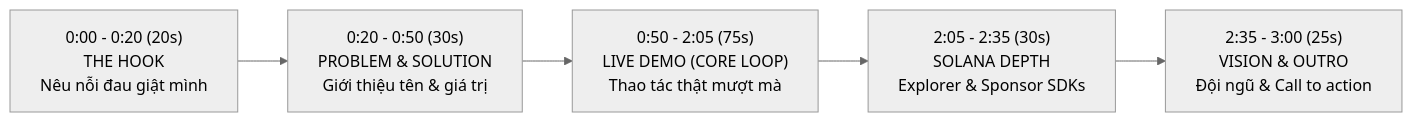
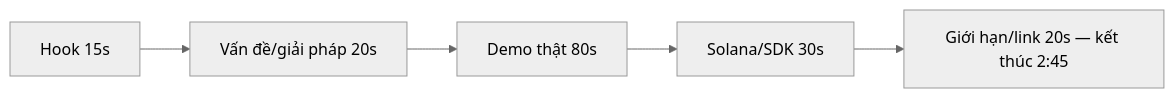
The diagram in docs/learning/013-hackathon-demo-video.md (ntbaoheyhey/dev3pack-hackathon), drawn with Mermaid (neutral theme) before and after one commit. The commit also changed other lines of this file and 2 other files, not shown here.

Commit message:
docs(R07): cap demo script at 165 seconds and require evidence

````diff
--- a/docs/learning/013-hackathon-demo-video.md
+++ b/docs/learning/013-hackathon-demo-video.md
@@ -42,7 +40,7 @@
 ```mermaid
 flowchart LR
-    A["0:00 - 0:20 (20s)<br>THE HOOK<br>Nêu nỗi đau giật mình"] --> B["0:20 - 0:50 (30s)<br>PROBLEM & SOLUTION<br>Giới thiệu tên & giá trị"]
-    B --> C["0:50 - 2:05 (75s)<br>LIVE DEMO (CORE LOOP)<br>Thao tác thật mượt mà"]
-    C --> D["2:05 - 2:35 (30s)<br>SOLANA DEPTH<br>Explorer & Sponsor SDKs"]
-    D --> E["2:35 - 3:00 (25s)<br>VISION & OUTRO<br>Đội ngũ & Call to action"]
+    A["Hook 15s"] --> B["Vấn đề/giải pháp 20s"]
+    B --> C["Demo thật 80s"]
+    C --> D["Solana/SDK 30s"]
+    D --> E["Giới hạn/link 20s — kết thúc 2:45"]
 ```
````
